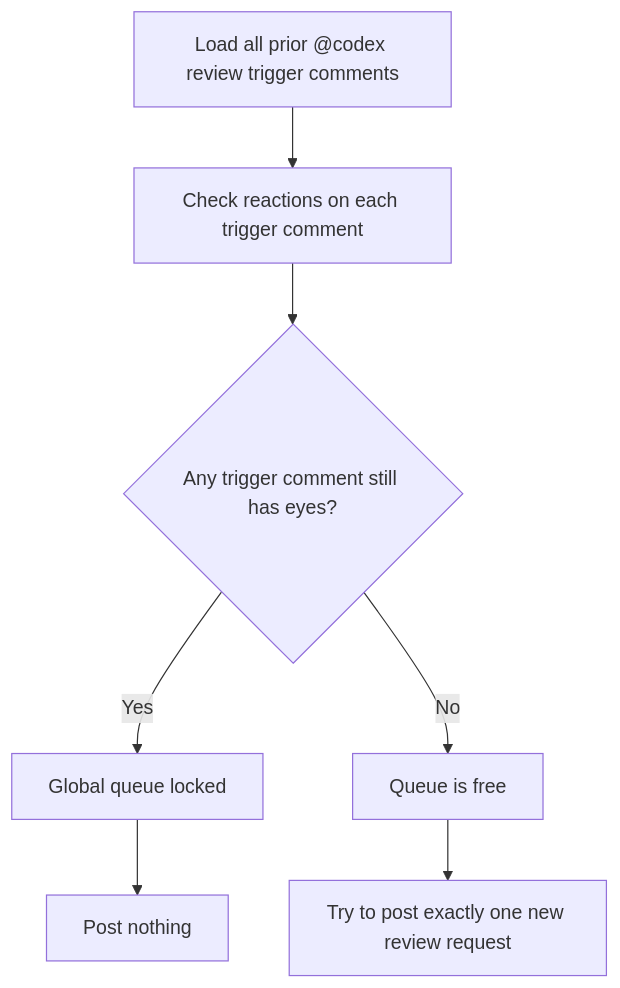
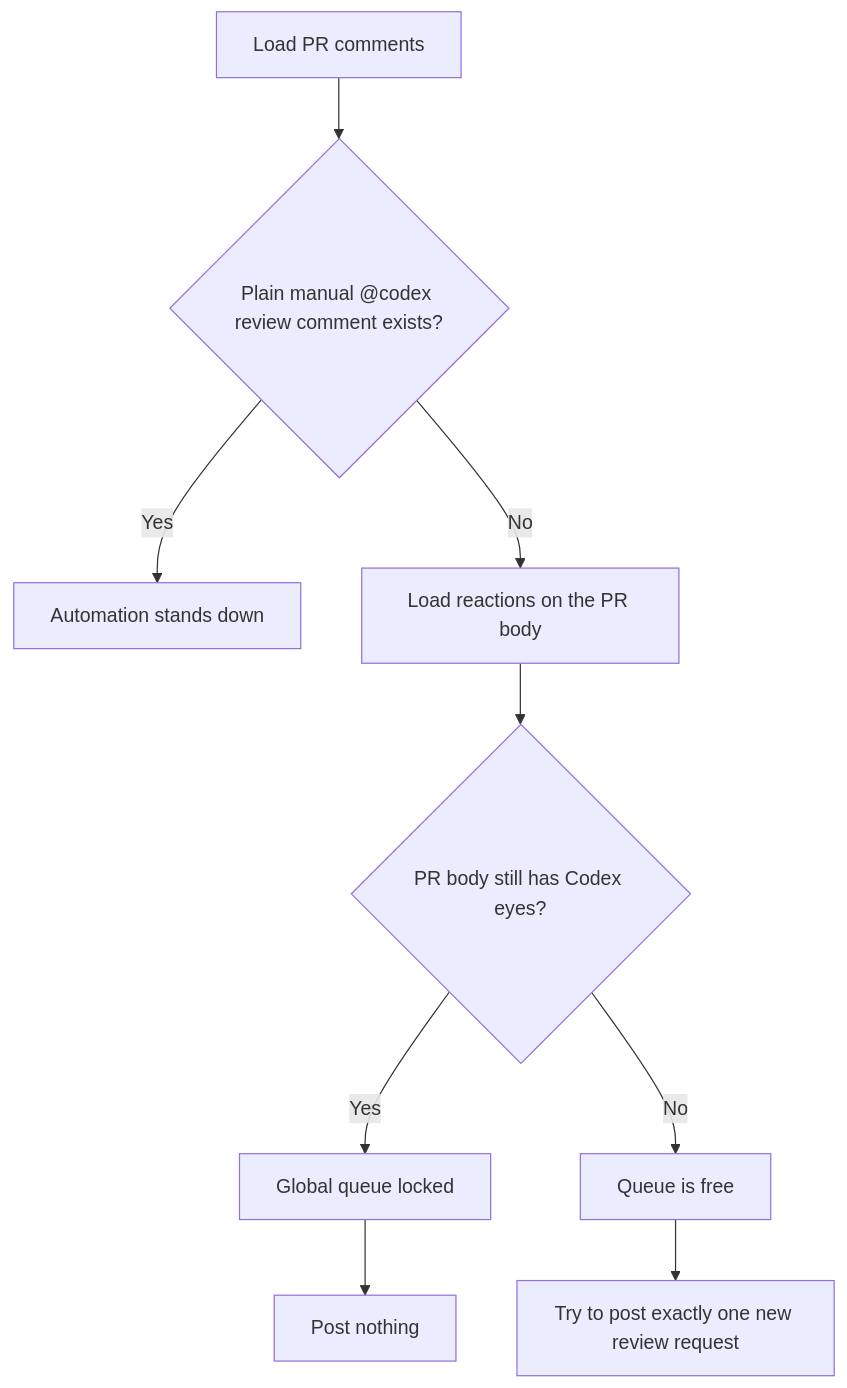
One commit to jaharris87/fTimer changed the second of 3 diagrams in docs/workflows/codex-review-flow.md. Above: the diagram before and after it, drawn with Mermaid. The commit also changed other lines of this file and 3 other files, not shown here.

Commit message:
honor manual codex review requests

````diff
--- a/docs/workflows/codex-review-flow.md
+++ b/docs/workflows/codex-review-flow.md
@@ -141,9 +150,11 @@
 ```mermaid
 flowchart TD
-    A["Load all prior @codex review trigger comments"] --> B["Check reactions on each trigger comment"]
-    B --> C{"Any trigger comment still has eyes?"}
-    C -->|"Yes"| D["Global queue locked"]
-    D --> E["Post nothing"]
-    C -->|"No"| F["Queue is free"]
-    F --> G["Try to post exactly one new review request"]
+    A["Load PR comments"] --> B{"Plain manual @codex review comment exists?"}
+    B -->|"Yes"| C["Automation stands down"]
+    B -->|"No"| D["Load reactions on the PR body"]
+    D --> E{"PR body still has Codex eyes?"}
+    E -->|"Yes"| F["Global queue locked"]
+    F --> G["Post nothing"]
+    E -->|"No"| H["Queue is free"]
+    H --> I["Try to post exactly one new review request"]
 ```
````
